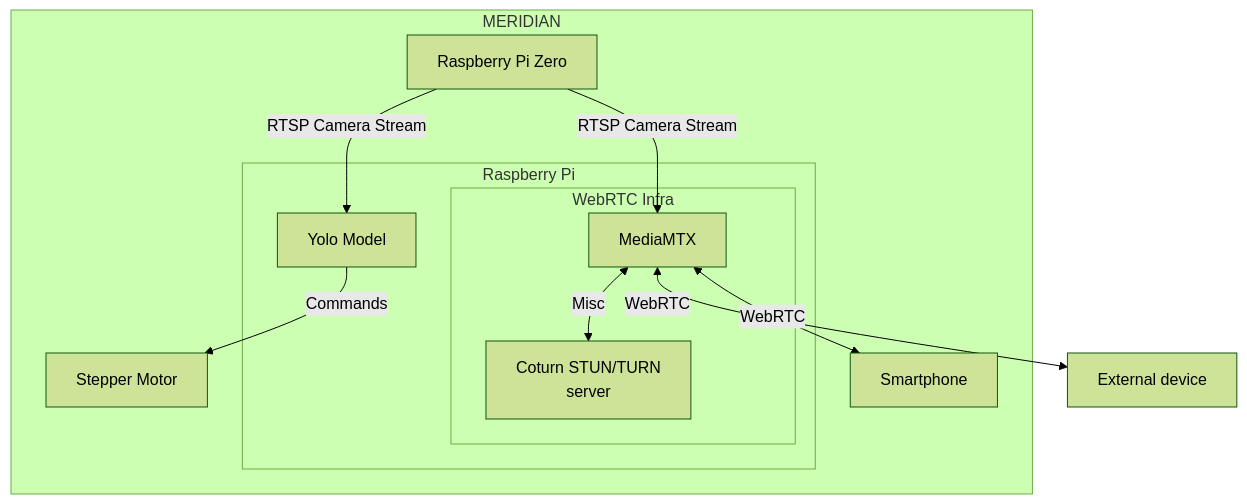
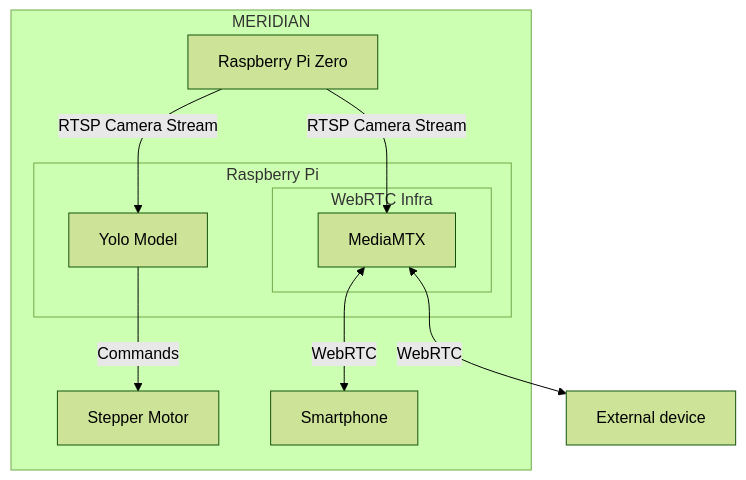
One commit to bwt2/MERIDIAN changed the diagram in README.md. Above: the diagram before and after it, drawn with Mermaid (forest theme). The commit also changed other lines of this file and 9 other files, not shown here.

````diff
--- a/README.md
+++ b/README.md
@@ -6,23 +19,21 @@
 ```mermaid
 flowchart TD
 subgraph MERIDIAN
     subgraph Raspberry Pi
         subgraph WebRTC Infra 
             MM["MediaMTX"]
-            ct["Coturn STUN/TURN<br/>server"]
         end
         ym["Yolo Model"]
     end
     rpi0["Raspberry Pi Zero"]
     m["Stepper Motor"]
     sm["Smartphone"]
 end
 ed["External device"]
 
-MM <-- "Misc" --> ct
 ym -- "Commands" --> m
 rpi0 -- "RTSP Camera Stream" --> ym
 rpi0 -- "RTSP Camera Stream" --> MM
 MM <-- "WebRTC" --> ed
 MM <-- "WebRTC" --> sm
 ```
````
